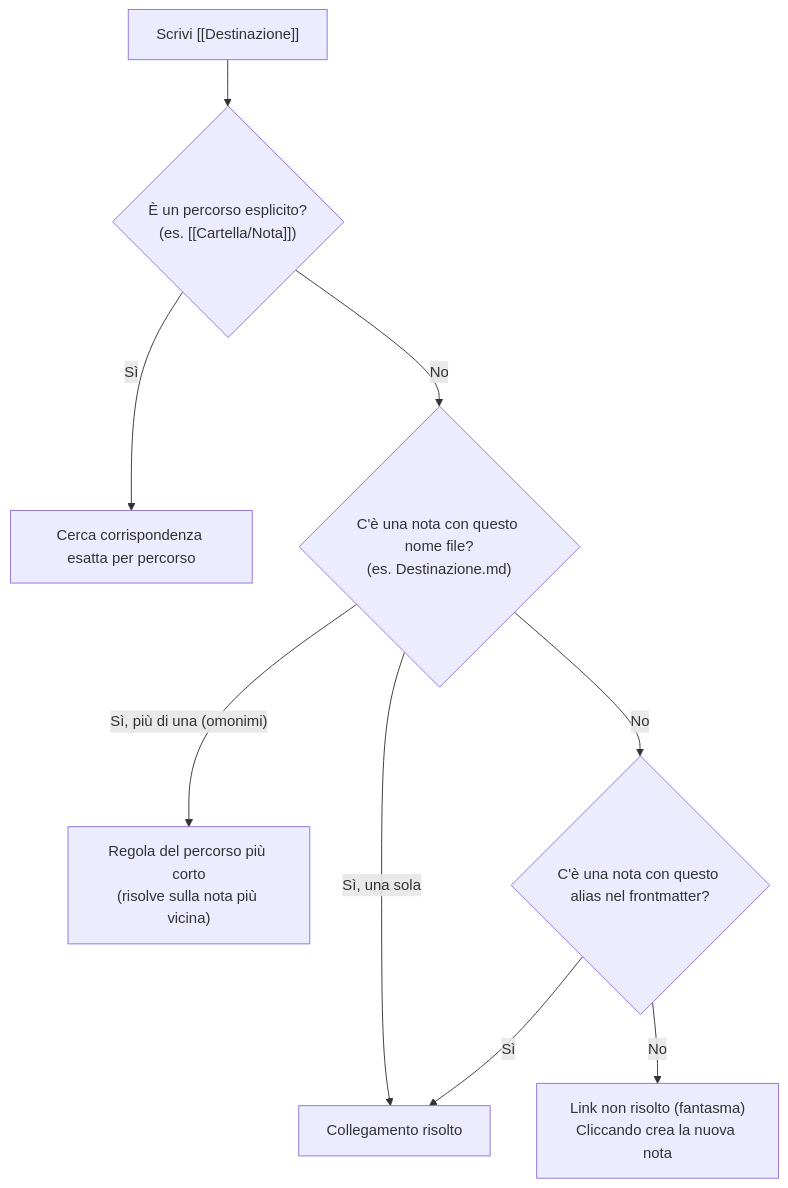
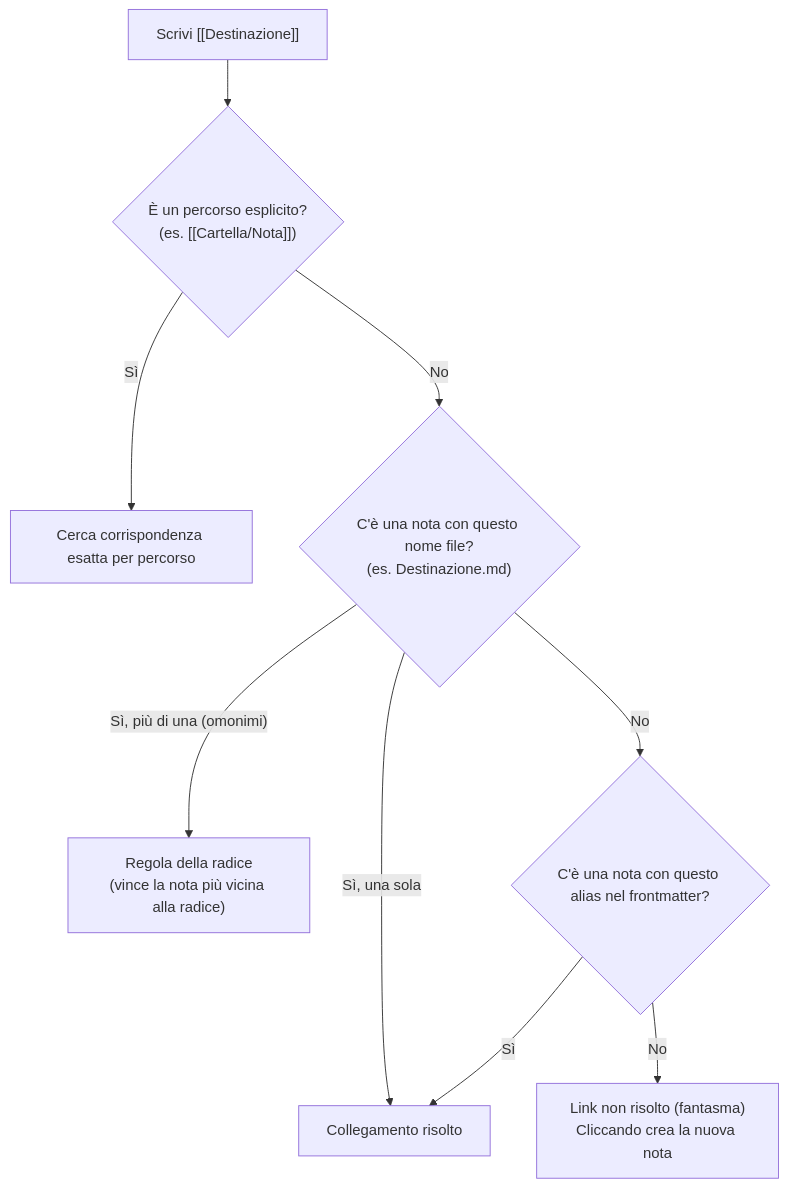
Before and after one commit to Fubeo/Fub: the diagram in docs/05-disco/04-risoluzione-link.md, drawn with Mermaid. The commit also changed other lines of this file and 37 other files, not shown here.

````diff
--- a/docs/05-disco/04-risoluzione-link.md
+++ b/docs/05-disco/04-risoluzione-link.md
@@ -11,11 +11,11 @@
 ```mermaid
 flowchart TD
     Start["Scrivi [[Destinazione]]"] --> R1{"È un percorso esplicito?<br>(es. [[Cartella/Nota]])"}
     R1 -- "Sì" --> MatchPath["Cerca corrispondenza esatta per percorso"]
     R1 -- "No" --> R2{"C'è una nota con questo nome file?<br>(es. Destinazione.md)"}
     R2 -- "Sì, una sola" --> Found["Collegamento risolto"]
-    R2 -- "Sì, più di una (omonimi)" --> Shortest["Regola del percorso più corto<br>(risolve sulla nota più vicina)"]
+    R2 -- "Sì, più di una (omonimi)" --> Shortest["Regola della radice<br>(vince la nota più vicina alla radice)"]
     R2 -- "No" --> R3{"C'è una nota con questo alias nel frontmatter?"}
     R3 -- "Sì" --> Found
     R3 -- "No" --> Unresolved["Link non risolto (fantasma)<br>Cliccando crea la nuova nota"]
 ```
````
